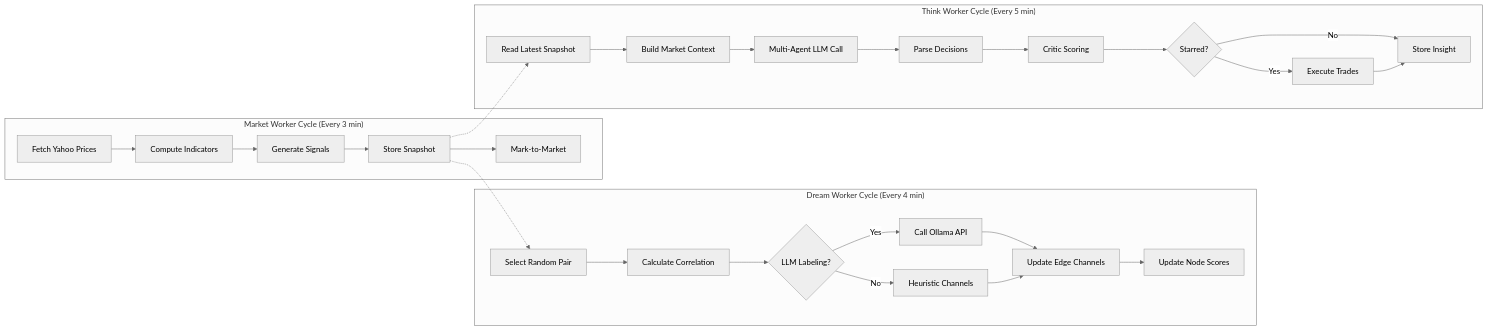
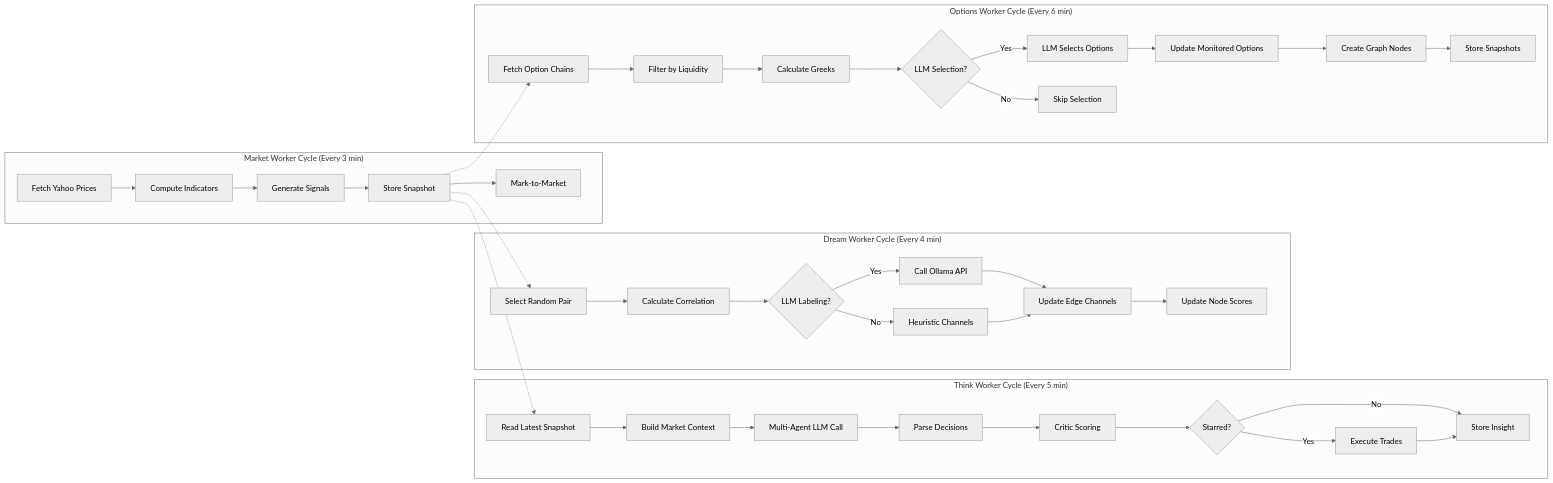
Before and after one commit to zad0xlik/kgdreaminvest: the third of 4 diagrams in README.md, drawn with Mermaid (neutral theme). The commit also changed other lines of this file and 2 other files, not shown here.

Commit message:
clean up

````diff
--- a/README.md
+++ b/README.md
@@ -120,33 +120,45 @@
 ```mermaid
 flowchart LR
     subgraph Market_Cycle["Market Worker Cycle (Every 3 min)"]
         A1[Fetch Yahoo Prices] --> A2[Compute Indicators]
         A2 --> A3[Generate Signals]
         A3 --> A4[Store Snapshot]
         A4 --> A5[Mark-to-Market]
     end
 
     subgraph Dream_Cycle["Dream Worker Cycle (Every 4 min)"]
         B1[Select Random Pair] --> B2[Calculate Correlation]
         B2 --> B3{LLM Labeling?}
         B3 -->|Yes| B4[Call Ollama API]
         B3 -->|No| B5[Heuristic Channels]
         B4 --> B6[Update Edge Channels]
         B5 --> B6
         B6 --> B7[Update Node Scores]
     end
 
     subgraph Think_Cycle["Think Worker Cycle (Every 5 min)"]
         C1[Read Latest Snapshot] --> C2[Build Market Context]
         C2 --> C3[Multi-Agent LLM Call]
         C3 --> C4[Parse Decisions]
         C4 --> C5[Critic Scoring]
         C5 --> C6{Starred?}
         C6 -->|Yes| C7[Execute Trades]
         C6 -->|No| C8[Store Insight]
         C7 --> C8
     end
 
+    subgraph Options_Cycle["Options Worker Cycle (Every 6 min)"]
+        D1[Fetch Option Chains] --> D2[Filter by Liquidity]
+        D2 --> D3[Calculate Greeks]
+        D3 --> D4{LLM Selection?}
+        D4 -->|Yes| D5[LLM Selects Options]
+        D4 -->|No| D6[Skip Selection]
+        D5 --> D7[Update Monitored Options]
+        D7 --> D8[Create Graph Nodes]
+        D8 --> D9[Store Snapshots]
+    end
+
     A4 -.-> B1
     A4 -.-> C1
+    A4 -.-> D1
 ```
````
